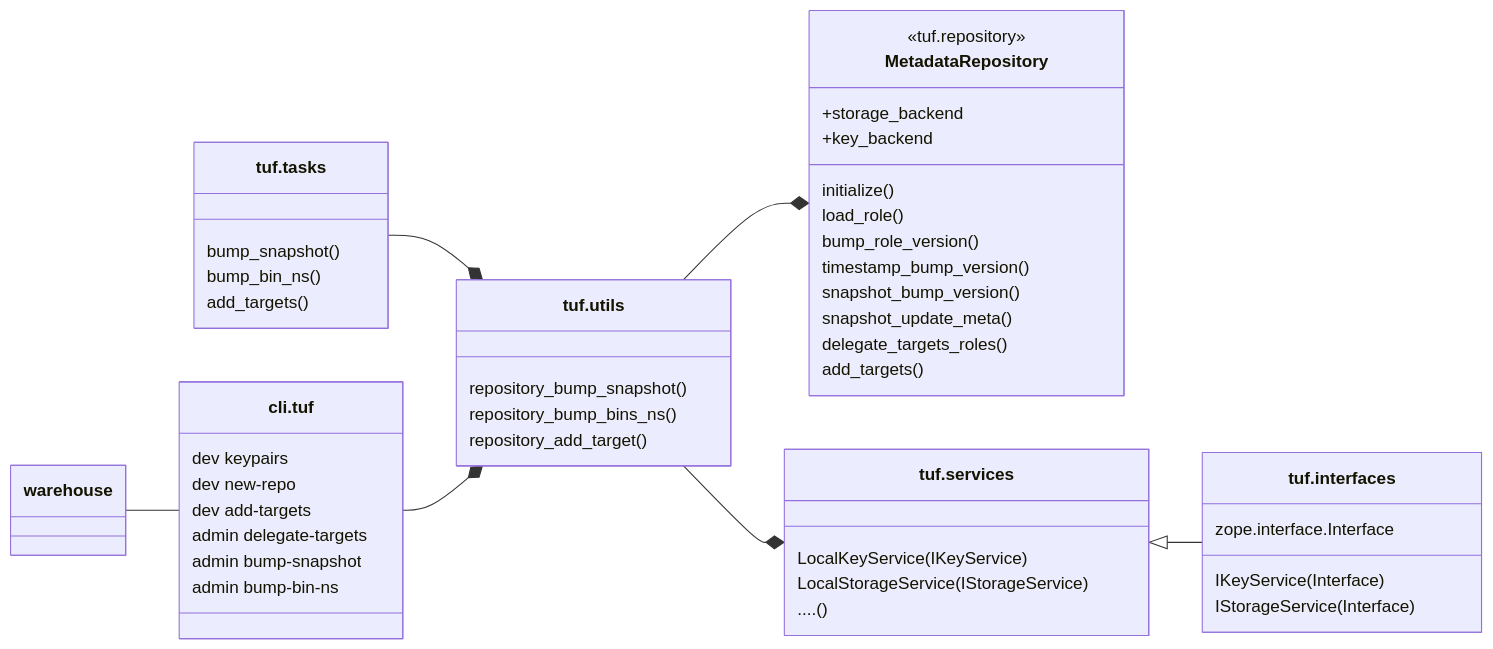
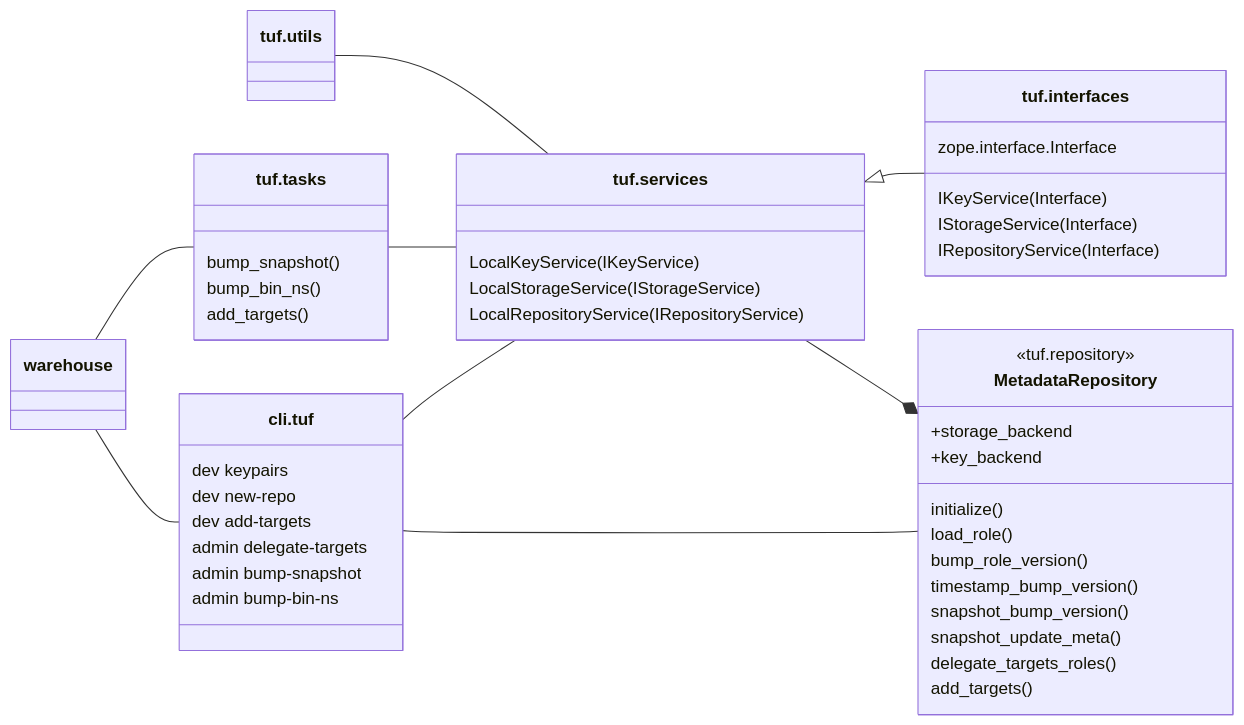
One commit to lukpueh/warehouse changed the third of 3 diagrams in warehouse/tuf/README.md. Above: the diagram before and after it, drawn with Mermaid. The commit also changed other lines of this file and 8 other files, not shown here.

First line of the commit message:
Implement the IRepositoryService

````diff
--- a/warehouse/tuf/README.md
+++ b/warehouse/tuf/README.md
@@ -153,53 +149,54 @@
   ```mermaid
     classDiagram 
       direction LR
       class MetadataRepository {
         <<tuf.repository>>
         +storage_backend
         +key_backend
         initialize()
         load_role()
         bump_role_version()
         timestamp_bump_version()
         snapshot_bump_version()
         snapshot_update_meta()
         delegate_targets_roles()
         add_targets()
       }
       class `tuf.interfaces` {
         zope.interface.Interface
         IKeyService(Interface)
         IStorageService(Interface)
+        IRepositoryService(Interface)
       }
       class `tuf.services` {
         LocalKeyService(IKeyService)
         LocalStorageService(IStorageService)
-        ....()
+        LocalRepositoryService(IRepositoryService)
       }
       class `tuf.utils` {
-        repository_bump_snapshot()
-        repository_bump_bins_ns()
-        repository_add_target()
       }
       class `tuf.tasks` {
         bump_snapshot()
         bump_bin_ns()
         add_targets()
       }
 
       class `cli.tuf`{
           dev keypairs
           dev new-repo
           dev add-targets
           admin delegate-targets
           admin bump-snapshot
           admin bump-bin-ns
       }
 
-      `tuf.utils` --* MetadataRepository
-      `tuf.utils` --* `tuf.services`
+
+      `tuf.utils` -- `tuf.services`
       `tuf.services` <|-- `tuf.interfaces`
-      `tuf.tasks` --* `tuf.utils`
-      `cli.tuf` --* `tuf.utils`
+      `tuf.services` --* MetadataRepository
+      `tuf.tasks` -- `tuf.services`
+      `cli.tuf` -- `tuf.services`
+      `cli.tuf` -- MetadataRepository
       warehouse -- `cli.tuf`
+      warehouse -- `tuf.tasks`
   ```
````
